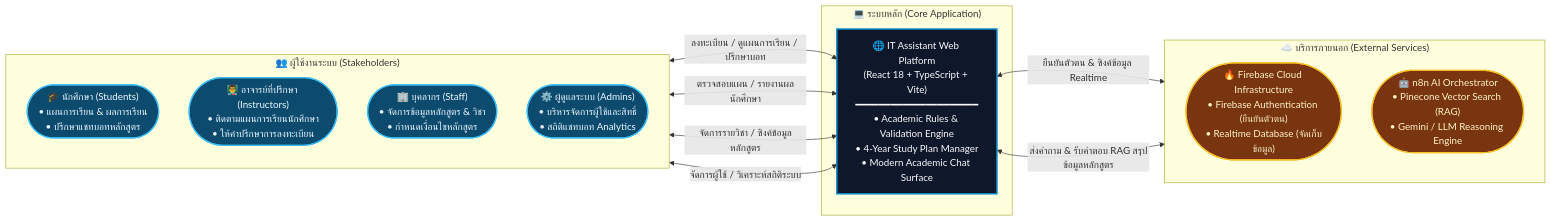
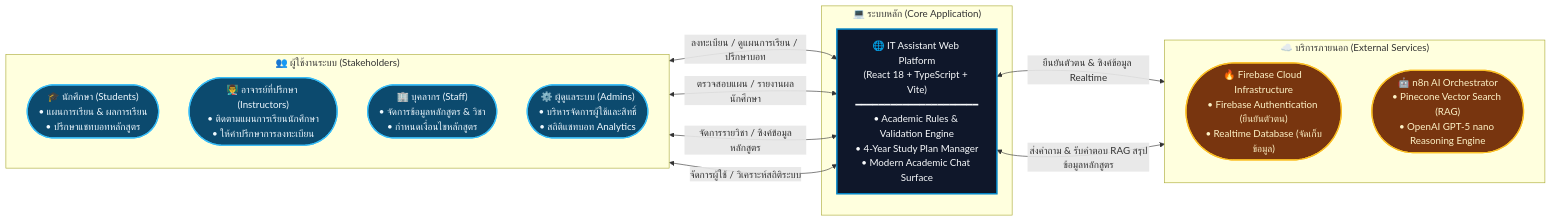
One commit to kainapatkmutnb/it-course-chatbot-main changed the first of 4 diagrams in README.md. Above: the diagram before and after it, drawn with Mermaid. The commit also changed other lines of this file and 1 other file, not shown here.

Commit message:
docs: update AI model specification to GPT-5 nano across architecture and documentation

````diff
--- a/README.md
+++ b/README.md
@@ -48,33 +48,33 @@
 ```mermaid
 flowchart LR
     %% High-Contrast Theme Palette
     classDef actor fill:#0C4A6E,stroke:#38BDF8,stroke-width:2px,color:#F0F9FF;
     classDef system fill:#0F172A,stroke:#0284C7,stroke-width:2.5px,color:#F8FAFC;
     classDef external fill:#78350F,stroke:#FBBF24,stroke-width:2px,color:#FEF3C7;
 
     subgraph Actors ["👥 ผู้ใช้งานระบบ (Stakeholders)"]
         direction TB
         Student(["🎓 นักศึกษา (Students)<br/>• แผนการเรียน & ผลการเรียน<br/>• ปรึกษาแชทบอทหลักสูตร"]):::actor
         Instructor(["👨‍🏫 อาจารย์ที่ปรึกษา (Instructors)<br/>• ติดตามแผนการเรียนนักศึกษา<br/>• ให้คำปรึกษาการลงทะเบียน"]):::actor
         Staff(["🏢 บุคลากร (Staff)<br/>• จัดการข้อมูลหลักสูตร & วิชา<br/>• กำหนดเงื่อนไขหลักสูตร"]):::actor
         Admin(["⚙️ ผู้ดูแลระบบ (Admins)<br/>• บริหารจัดการผู้ใช้และสิทธิ์<br/>• สถิติแชทบอท Analytics"]):::actor
     end
 
     subgraph Core ["💻 ระบบหลัก (Core Application)"]
         WebApp["🌐 IT Assistant Web Platform<br/>(React 18 + TypeScript + Vite)<br/>━━━━━━━━━━━━━━━━━━━━━<br/>• Academic Rules & Validation Engine<br/>• 4-Year Study Plan Manager<br/>• Modern Academic Chat Surface"]:::system
     end
 
     subgraph Services ["☁️ บริการภายนอก (External Services)"]
         direction TB
         Firebase(["🔥 Firebase Cloud Infrastructure<br/>• Firebase Authentication (ยืนยันตัวตน)<br/>• Realtime Database (จัดเก็บข้อมูล)"]):::external
-        N8N(["🤖 n8n AI Orchestrator<br/>• Pinecone Vector Search (RAG)<br/>• Gemini / LLM Reasoning Engine"]):::external
+        N8N(["🤖 n8n AI Orchestrator<br/>• Pinecone Vector Search (RAG)<br/>• OpenAI GPT-5 nano Reasoning Engine"]):::external
     end
 
     Student <-->|"ลงทะเบียน / ดูแผนการเรียน / ปรึกษาบอท"| WebApp
     Instructor <-->|"ตรวจสอบแผน / รายงานผลนักศึกษา"| WebApp
     Staff <-->|"จัดการรายวิชา / ซิงค์ข้อมูลหลักสูตร"| WebApp
     Admin <-->|"จัดการผู้ใช้ / วิเคราะห์สถิติระบบ"| WebApp
 
     WebApp <-->|"ยืนยันตัวตน & ซิงค์ข้อมูล Realtime"| Firebase
     WebApp <-->|"ส่งคำถาม & รับคำตอบ RAG สรุปข้อมูลหลักสูตร"| N8N
 ```
````
